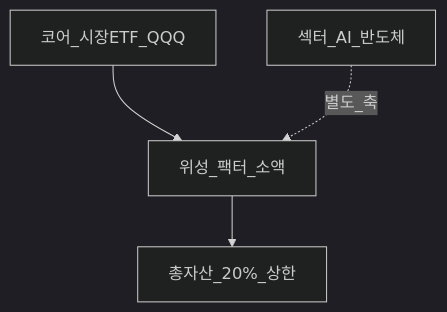
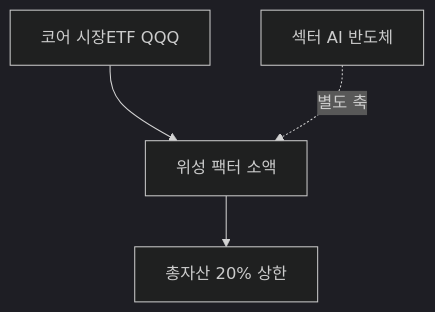
Before and after one commit to goldanghenry/Finances: the third of 3 diagrams in 08-advanced/factor-investing-primer.md, drawn with Mermaid (dark theme). The commit also changed other lines of this file and 211 other files, not shown here.

````diff
--- a/08-advanced/factor-investing-primer.md
+++ b/08-advanced/factor-investing-primer.md
@@ -187,6 +183,6 @@
 ```mermaid
 flowchart TD
-  Core[코어_시장ETF_QQQ] --> Sat[위성_팩터_소액]
-  Sat --> Cap[총자산_20%_상한]
-  Sec[섹터_AI_반도체] -.->|별도_축| Sat
+  Core["코어 시장ETF QQQ"] --> Sat["위성 팩터 소액"]
+  Sat --> Cap["총자산 20% 상한"]
+  Sec["섹터 AI 반도체"] -.->|"별도 축"| Sat
 ```
````
